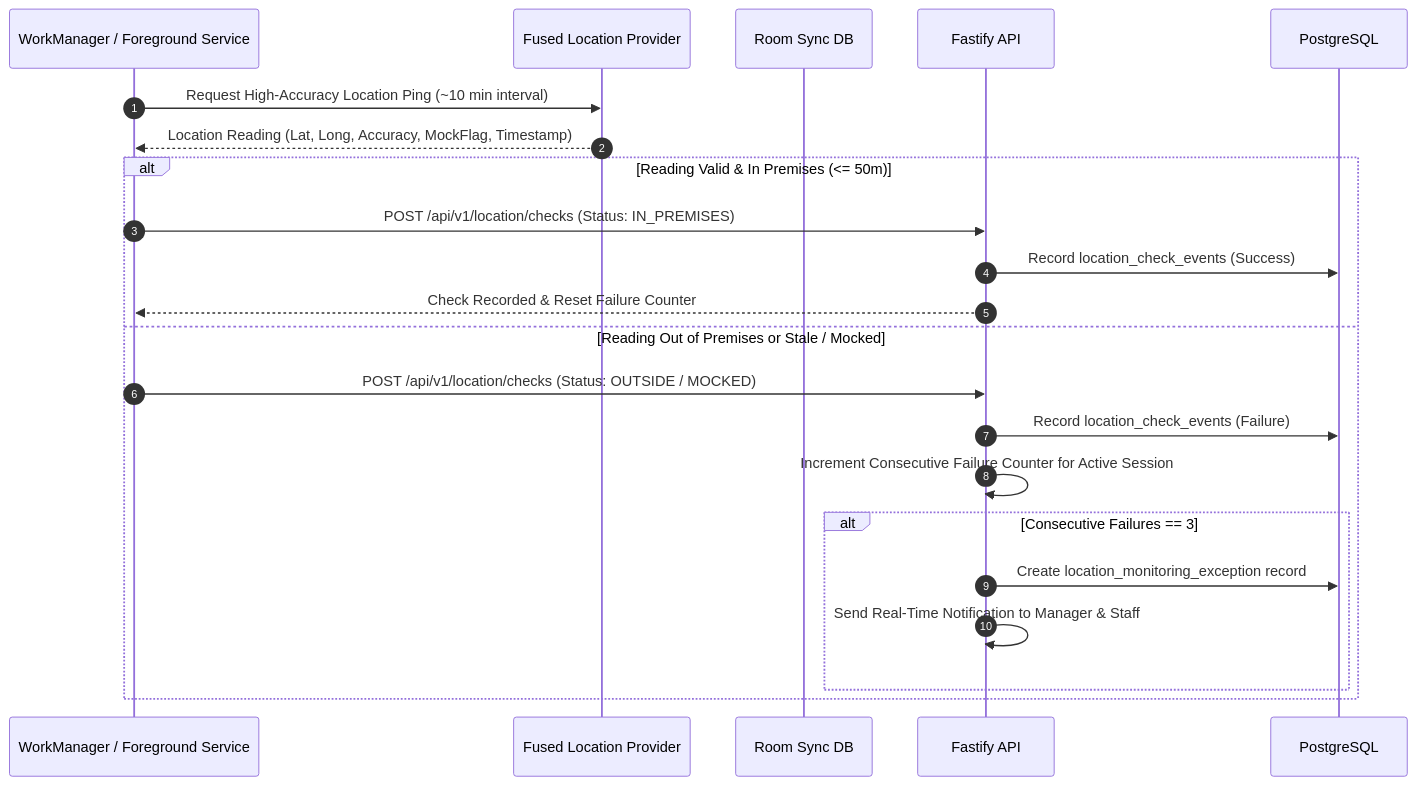
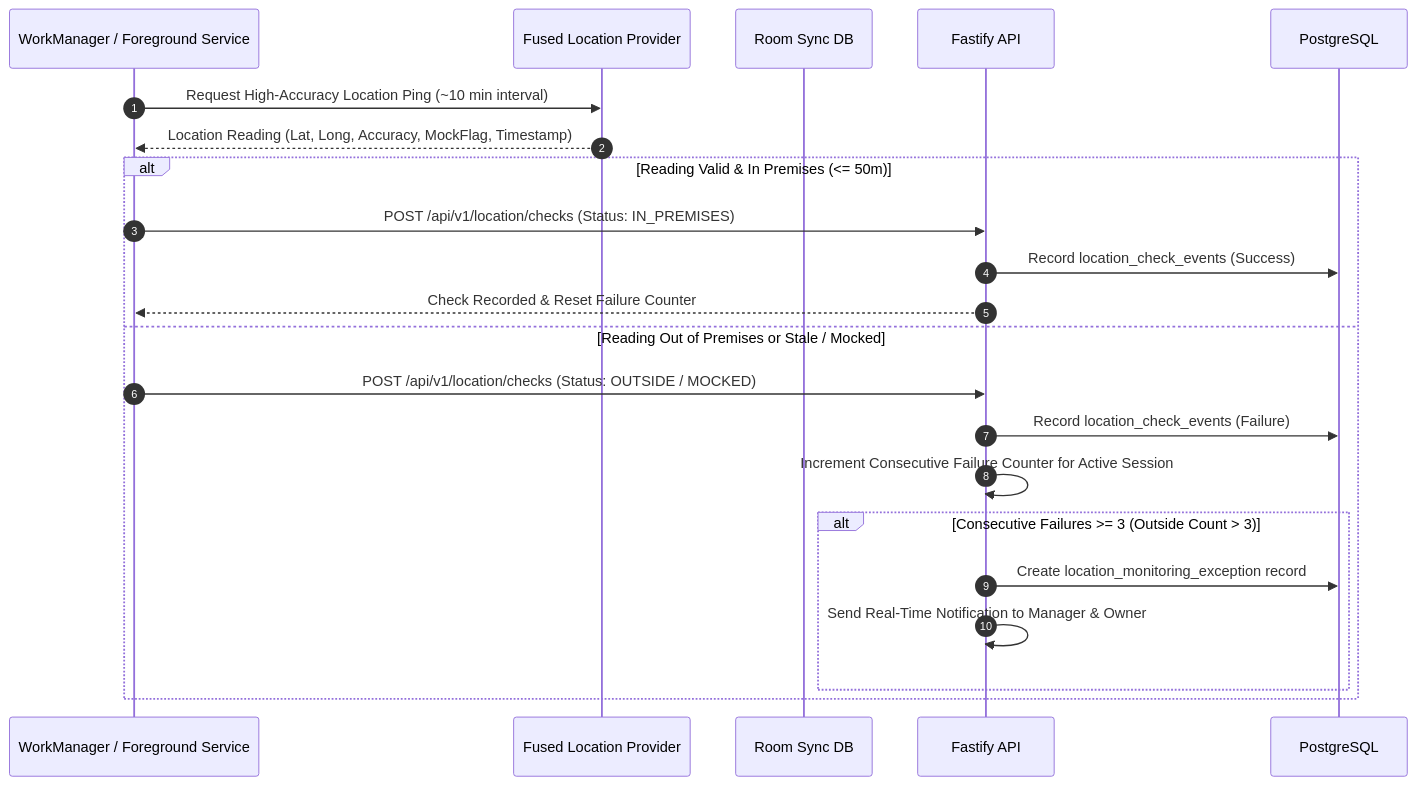
One commit to Sahin00789/presence-android-app changed the diagram in docs/LOCATION_MONITORING.md. Above: the diagram before and after it, drawn with Mermaid. The commit also changed other lines of this file and 193 other files, not shown here.

````diff
--- a/docs/LOCATION_MONITORING.md
+++ b/docs/LOCATION_MONITORING.md
@@ -15,25 +15,25 @@
 ```mermaid
 sequenceDiagram
     autonumber
     participant Work as WorkManager / Foreground Service
     participant Fused as Fused Location Provider
     participant Local as Room Sync DB
     participant API as Fastify API
     participant DB as PostgreSQL
 
     Work->>Fused: Request High-Accuracy Location Ping (~10 min interval)
     Fused-->>Work: Location Reading (Lat, Long, Accuracy, MockFlag, Timestamp)
     alt Reading Valid & In Premises (<= 50m)
         Work->>API: POST /api/v1/location/checks (Status: IN_PREMISES)
         API->>DB: Record location_check_events (Success)
         API-->>Work: Check Recorded & Reset Failure Counter
     else Reading Out of Premises or Stale / Mocked
         Work->>API: POST /api/v1/location/checks (Status: OUTSIDE / MOCKED)
         API->>DB: Record location_check_events (Failure)
         API->>API: Increment Consecutive Failure Counter for Active Session
-        alt Consecutive Failures == 3
+        alt Consecutive Failures >= 3 (Outside Count > 3)
             API->>DB: Create location_monitoring_exception record
-            API->>API: Send Real-Time Notification to Manager & Staff
+            API->>API: Send Real-Time Notification to Manager & Owner
         end
     end
 ```
````
